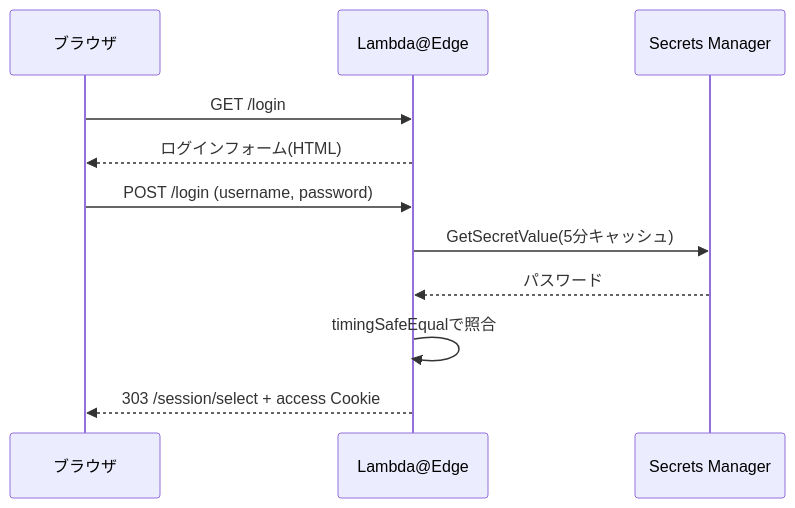
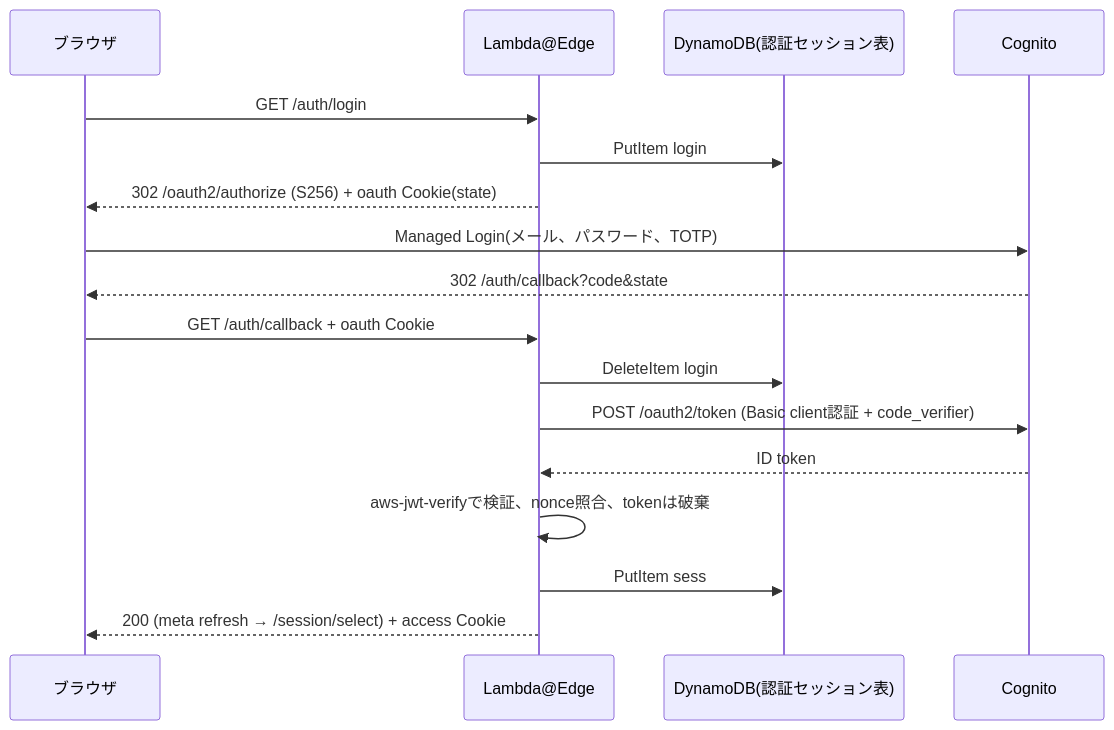
One commit to har1101/lambda-microvm-webapp changed the fourth of 7 diagrams in docs/architecture-and-design.md. Above: the diagram before and after it, drawn with Mermaid. The commit also changed other lines of this file and 11 other files, not shown here.

First line of the commit message:
Replace edge password login with Cognito Managed Login

````diff
--- a/docs/architecture-and-design.md
+++ b/docs/architecture-and-design.md
@@ -403,13 +418,19 @@
 ```mermaid
 sequenceDiagram
     participant B as ブラウザ
     participant E as Lambda@Edge
-    participant S as Secrets Manager
-    B->>E: GET /login
-    E-->>B: ログインフォーム(HTML)
-    B->>E: POST /login (username, password)
-    E->>S: GetSecretValue(5分キャッシュ)
-    S-->>E: パスワード
-    E->>E: timingSafeEqualで照合
-    E-->>B: 303 /session/select + access Cookie
+    participant D as DynamoDB(認証セッション表)
+    participant C as Cognito
+    B->>E: GET /auth/login
+    E->>D: PutItem login#<state> (nonce, PKCE verifier, 10分)
+    E-->>B: 302 /oauth2/authorize (S256) + oauth Cookie(state)
+    B->>C: Managed Login(メール、パスワード、TOTP)
+    C-->>B: 302 /auth/callback?code&state
+    B->>E: GET /auth/callback + oauth Cookie
+    E->>D: DeleteItem login#<state>(条件付き、1回限り)
+    E->>C: POST /oauth2/token (Basic client認証 + code_verifier)
+    C-->>E: ID token
+    E->>E: aws-jwt-verifyで検証、nonce照合、tokenは破棄
+    E->>D: PutItem sess#<hash> (sub, 8時間)
+    E-->>B: 200 (meta refresh → /session/select) + access Cookie
 ```
````
